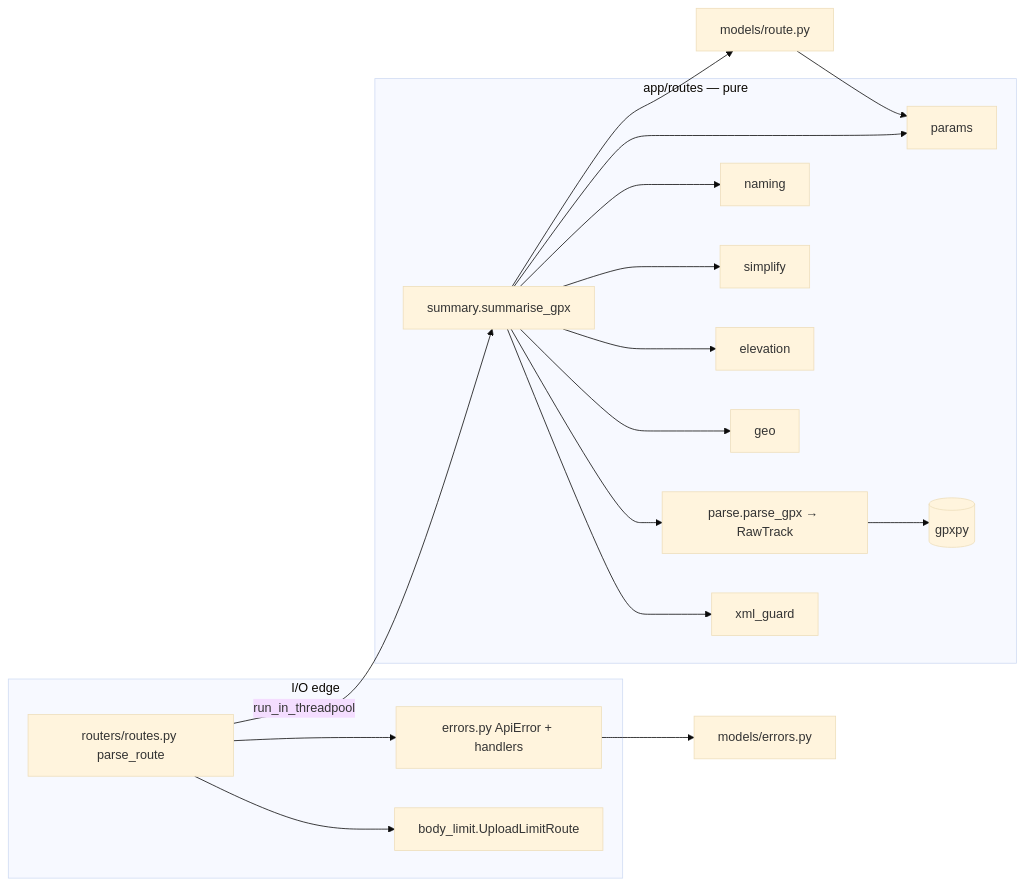
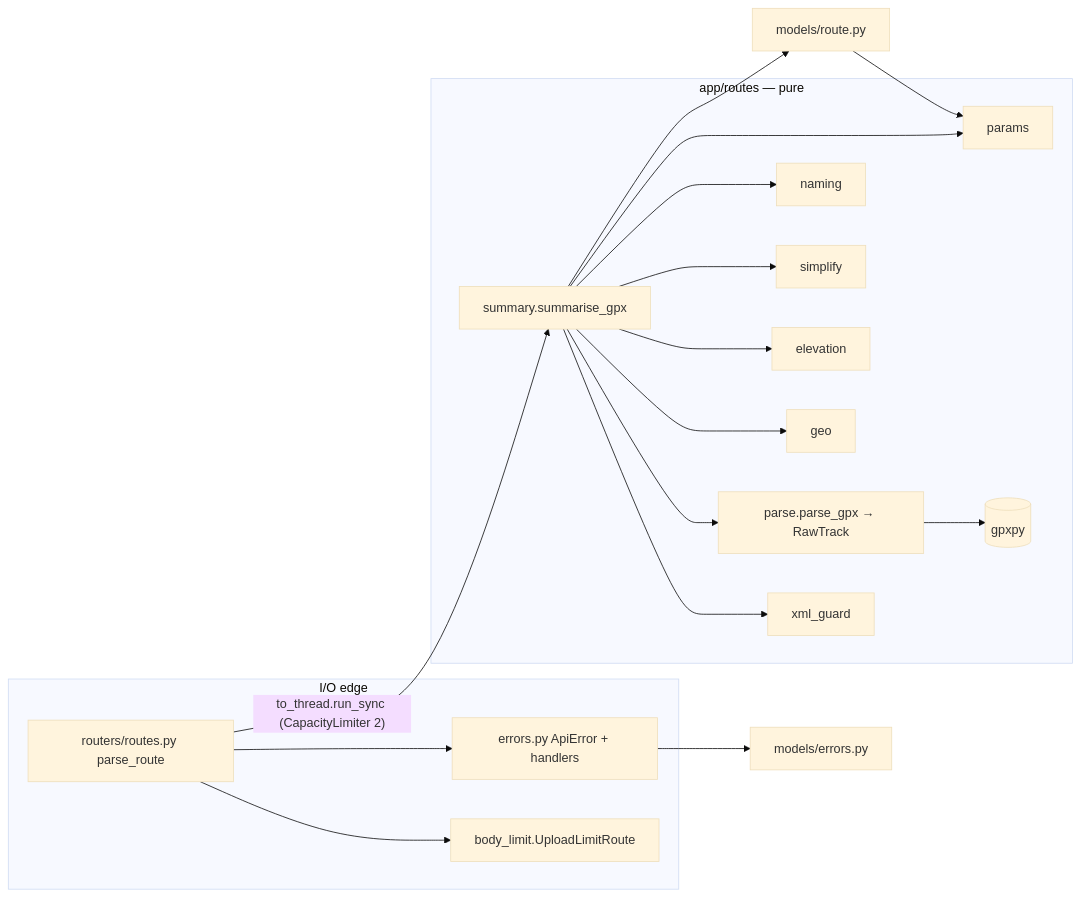
One commit to YoavIsaacs/hiking_app changed the diagram in docs/adr/0004-gpx-parser.md. Above: the diagram before and after it, drawn with Mermaid (base theme). The commit also changed other lines of this file, not shown here.

````diff
--- a/docs/adr/0004-gpx-parser.md
+++ b/docs/adr/0004-gpx-parser.md
@@ -572,16 +757,16 @@
 ```mermaid
 flowchart LR
   subgraph edge [I/O edge]
     RT[routers/routes.py parse_route] --> BL[body_limit.UploadLimitRoute]
     RT --> ER[errors.py ApiError + handlers]
   end
   subgraph pure [app/routes — pure]
     SUM[summary.summarise_gpx] --> XG[xml_guard] & PG[parse.parse_gpx → RawTrack] & GEO[geo] & ELE[elevation] & SIM[simplify] & NM[naming]
     PG --> GPXPY[(gpxpy)]
     SUM --> PAR[params]
   end
-  RT -- run_in_threadpool --> SUM
+  RT -- "to_thread.run_sync (CapacityLimiter 2)" --> SUM
   SUM --> MR[models/route.py]
   ER --> ME[models/errors.py]
   MR --> PAR
 ```
````
